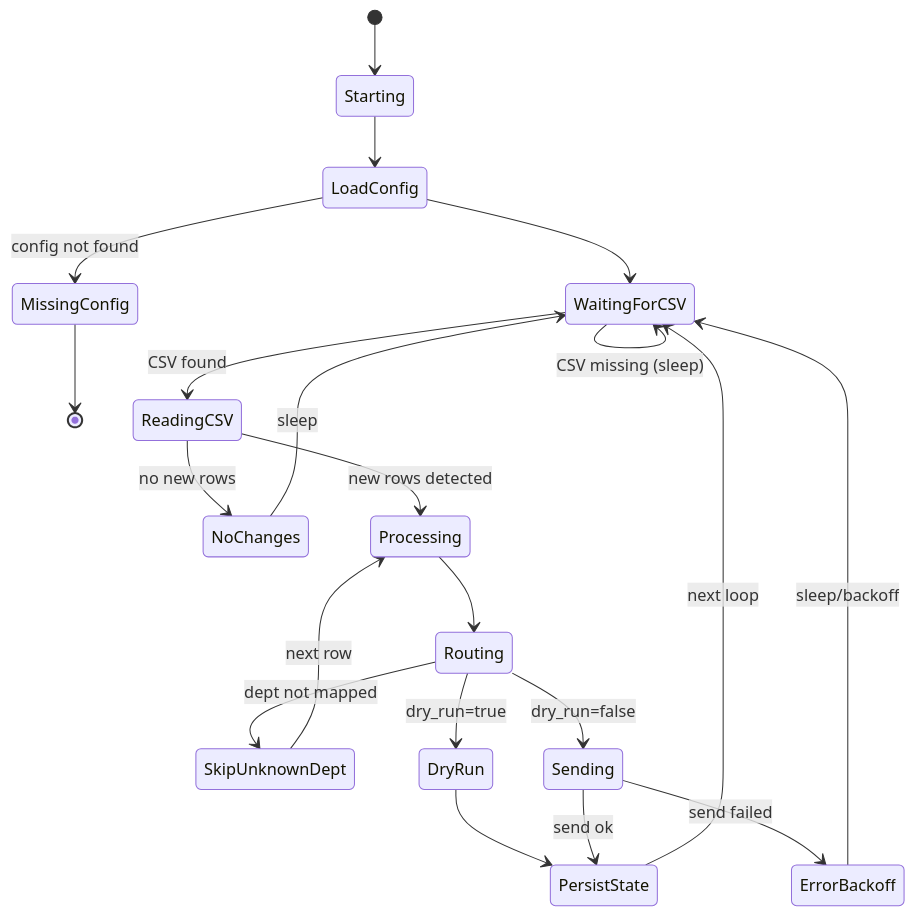
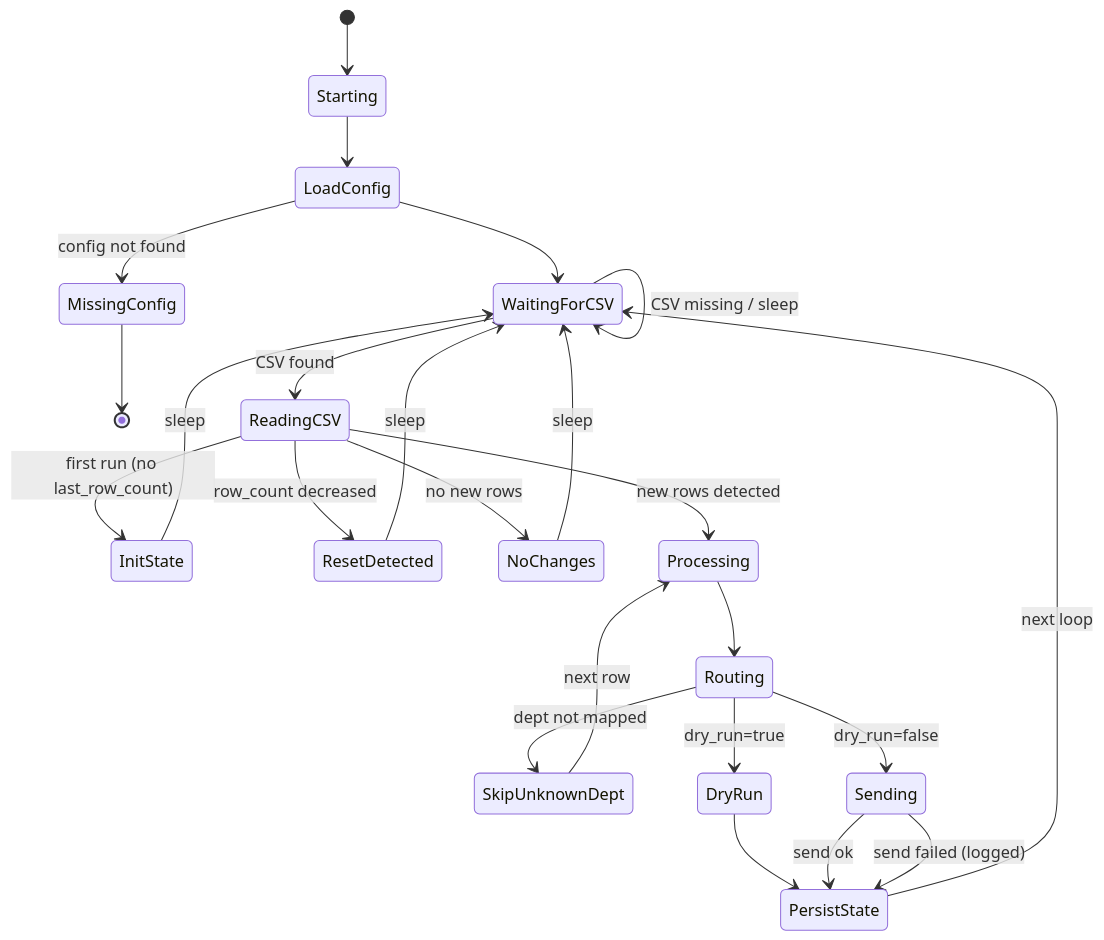
One commit to rabbitstudio/Biotime-telegram-alert-system changed the fourth of 4 diagrams in 01-Design/diagrams.md. Above: the diagram before and after it, drawn with Mermaid. The commit also changed other lines of this file, not shown here.

````diff
--- a/01-Design/diagrams.md
+++ b/01-Design/diagrams.md
@@ -93,29 +103,36 @@
 ```mermaid
-   stateDiagram-v2
-  [*] --> Starting
-  Starting --> LoadConfig
-  LoadConfig --> MissingConfig: config not found
-  MissingConfig --> [*]
+  stateDiagram-v2
+    [*] --> Starting
+    Starting --> LoadConfig
+    LoadConfig --> MissingConfig: config not found
+    MissingConfig --> [*]
 
-  LoadConfig --> WaitingForCSV
-  WaitingForCSV --> WaitingForCSV: CSV missing (sleep)
-  WaitingForCSV --> ReadingCSV: CSV found
+    LoadConfig --> WaitingForCSV
+    WaitingForCSV --> WaitingForCSV: CSV missing / sleep
+    WaitingForCSV --> ReadingCSV: CSV found
 
-  ReadingCSV --> NoChanges: no new rows
-  ReadingCSV --> Processing: new rows detected
-  NoChanges --> WaitingForCSV: sleep
+    ReadingCSV --> InitState: first run (no last_row_count)
+    InitState --> WaitingForCSV: sleep
 
-  Processing --> Routing
-  Routing --> SkipUnknownDept: dept not mapped
-  SkipUnknownDept --> Processing: next row
+    ReadingCSV --> ResetDetected: row_count decreased
+    ResetDetected --> WaitingForCSV: sleep
 
-  Routing --> DryRun: dry_run=true
-  Routing --> Sending: dry_run=false
+    ReadingCSV --> NoChanges: no new rows
+    NoChanges --> WaitingForCSV: sleep
 
-  DryRun --> PersistState
-  Sending --> PersistState: send ok
-  Sending --> ErrorBackoff: send failed
+    ReadingCSV --> Processing: new rows detected
+    Processing --> Routing
 
-  ErrorBackoff --> WaitingForCSV: sleep/backoff
-  PersistState --> WaitingForCSV: next loop
+    Routing --> SkipUnknownDept: dept not mapped
+    SkipUnknownDept --> Processing: next row
+
+    Routing --> DryRun: dry_run=true
+    DryRun --> PersistState
+
+    Routing --> Sending: dry_run=false
+    Sending --> PersistState: send ok
+    Sending --> PersistState: send failed (logged)
+
+    PersistState --> WaitingForCSV: next loop
+
 ```
````
